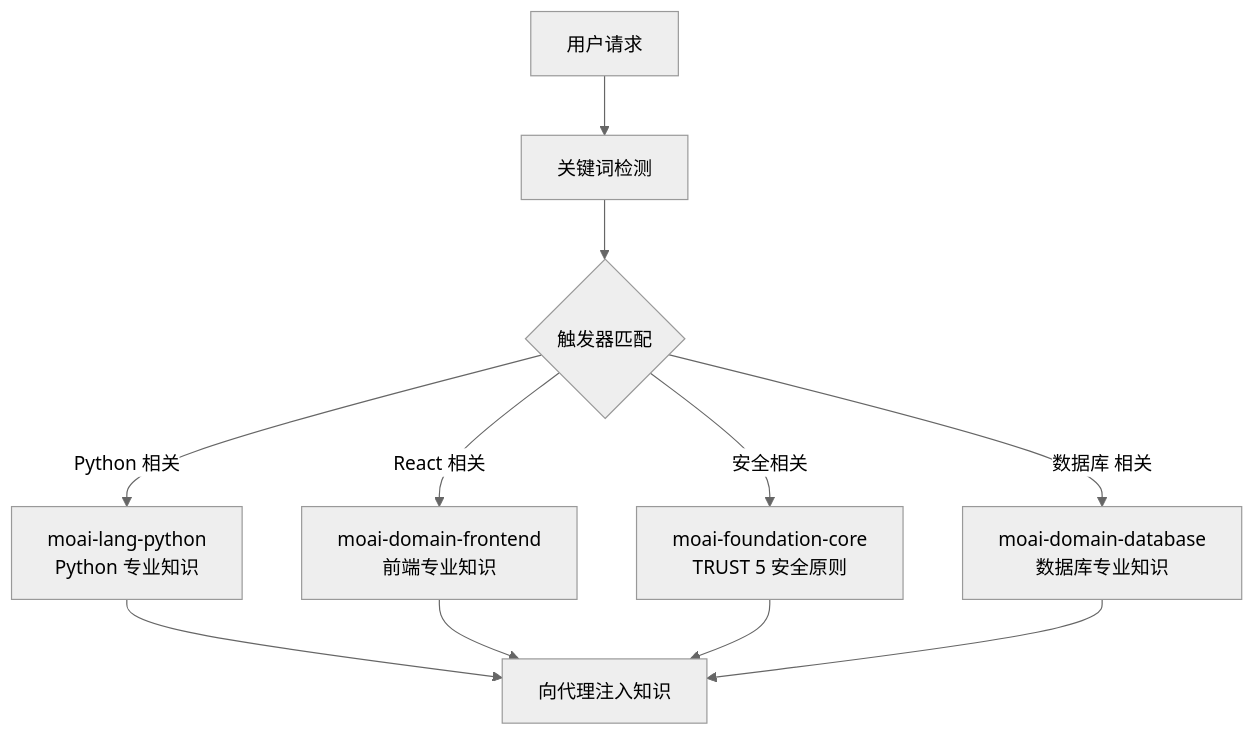
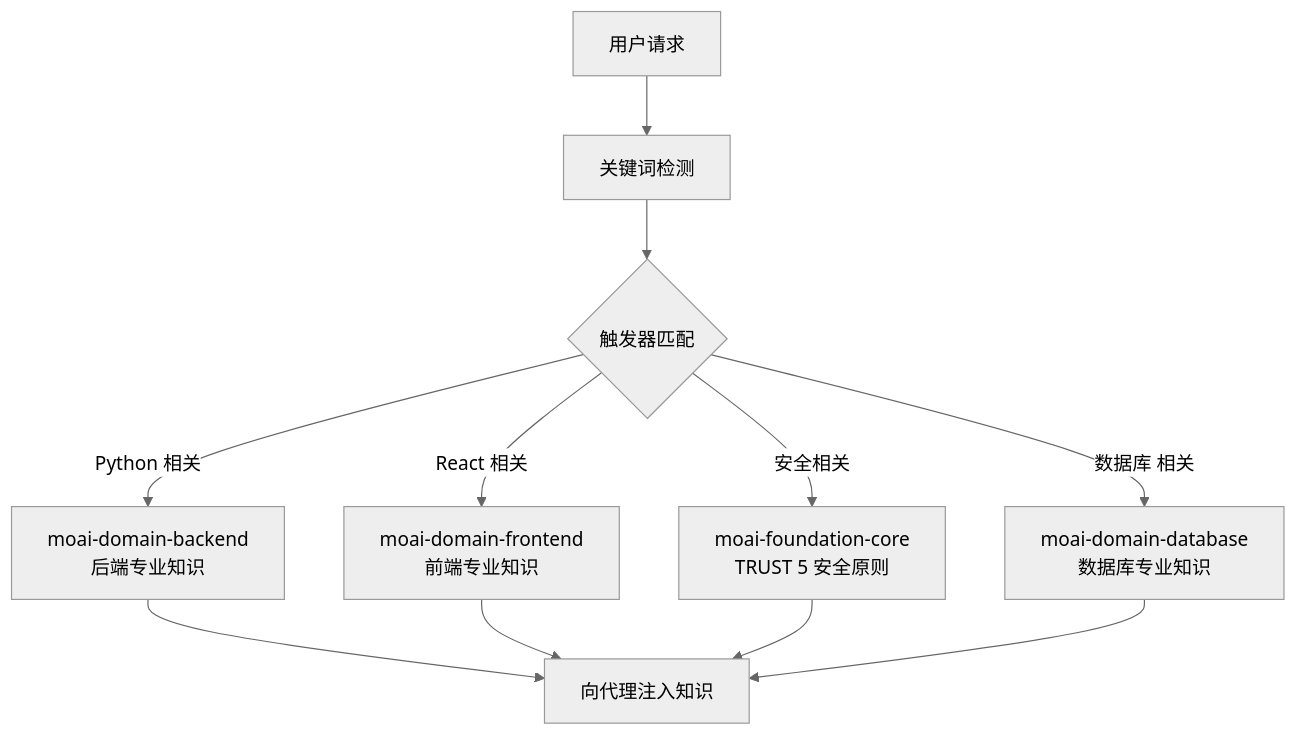
The first of 4 diagrams in docs-site/content/zh/advanced/skill-guide.md (modu-ai/moai-adk), drawn with Mermaid (neutral theme) before and after one commit. The commit also changed other lines of this file and 19 other files, not shown here.

````diff
--- a/docs-site/content/zh/advanced/skill-guide.md
+++ b/docs-site/content/zh/advanced/skill-guide.md
@@ -41,14 +41,14 @@
 ```mermaid
 flowchart TD
     USER[用户请求] --> DETECT[关键词检测]
     DETECT --> TRIGGER{触发器匹配}
-    TRIGGER -->|Python 相关| PY["moai-lang-python<br>Python 专业知识"]
+    TRIGGER -->|Python 相关| PY["moai-domain-backend<br>后端专业知识"]
     TRIGGER -->|React 相关| FE["moai-domain-frontend<br>前端专业知识"]
     TRIGGER -->|安全相关| SEC["moai-foundation-core<br>TRUST 5 安全原则"]
     TRIGGER -->|数据库 相关| DB["moai-domain-database<br>数据库专业知识"]
 
     PY --> AGENT[向代理注入知识]
     FE --> AGENT
     SEC --> AGENT
     DB --> AGENT
 ```
````
